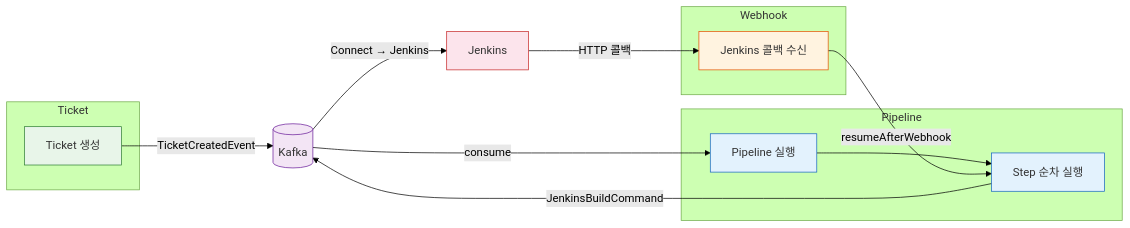
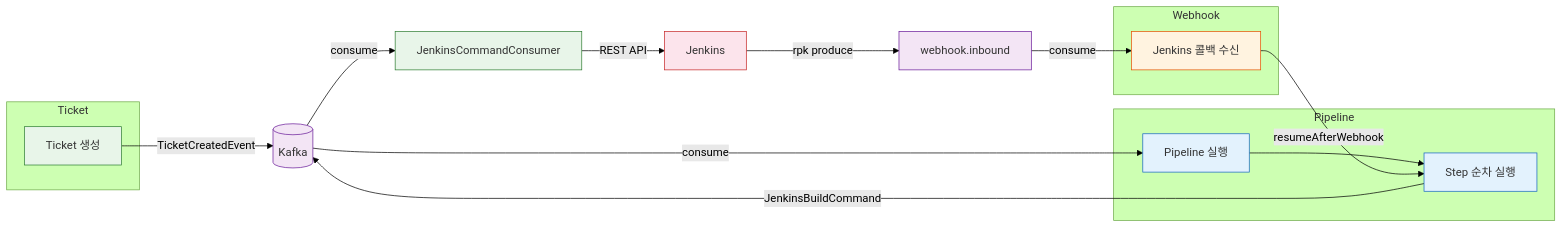
One commit to scofe97/Redpanda-PlayGround changed the first of 13 diagrams in docs/domain-guide.md. Above: the diagram before and after it, drawn with Mermaid (forest theme). The commit also changed other lines of this file and 25 other files, not shown here.

````diff
--- a/docs/domain-guide.md
+++ b/docs/domain-guide.md
@@ -12,29 +12,33 @@
 ```mermaid
 flowchart LR
     subgraph Ticket
         A[Ticket 생성]
     end
     subgraph Pipeline
         B[Pipeline 실행]
         C[Step 순차 실행]
     end
     subgraph Webhook
         D[Jenkins 콜백 수신]
     end
     E[(Kafka)]
 
     A -- "TicketCreatedEvent" --> E
     E -- "consume" --> B
     B --> C
     C -- "JenkinsBuildCommand" --> E
-    E -- "Connect → Jenkins" --> F[Jenkins]
-    F -- "HTTP 콜백" --> D
+    E -- "consume" --> G[JenkinsCommandConsumer]
+    G -- "REST API" --> F[Jenkins]
+    F -- "rpk produce" --> H[webhook.inbound]
+    H -- "consume" --> D
     D -- "resumeAfterWebhook" --> C
 
     style A fill:#e8f5e9,stroke:#2e7d32,color:#333
     style B fill:#e3f2fd,stroke:#1565c0,color:#333
     style C fill:#e3f2fd,stroke:#1565c0,color:#333
     style D fill:#fff3e0,stroke:#e65100,color:#333
     style E fill:#f3e5f5,stroke:#6a1b9a,color:#333
     style F fill:#fce4ec,stroke:#c62828,color:#333
+    style G fill:#e8f5e9,stroke:#2e7d32,color:#333
+    style H fill:#f3e5f5,stroke:#6a1b9a,color:#333
 ```
````
